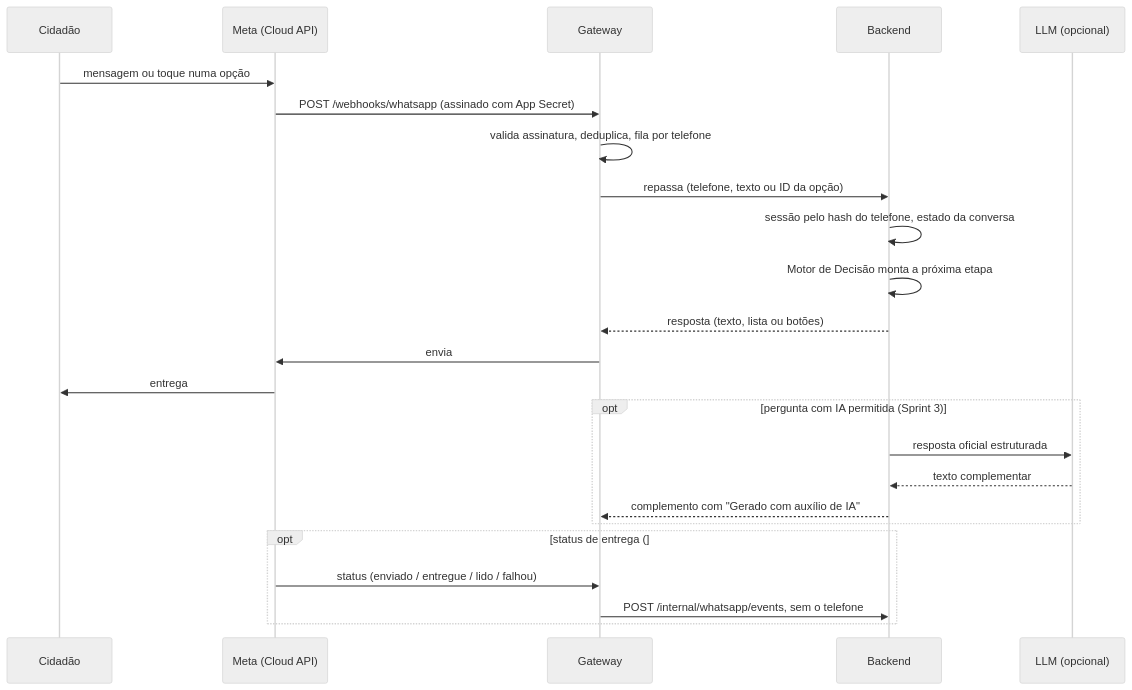
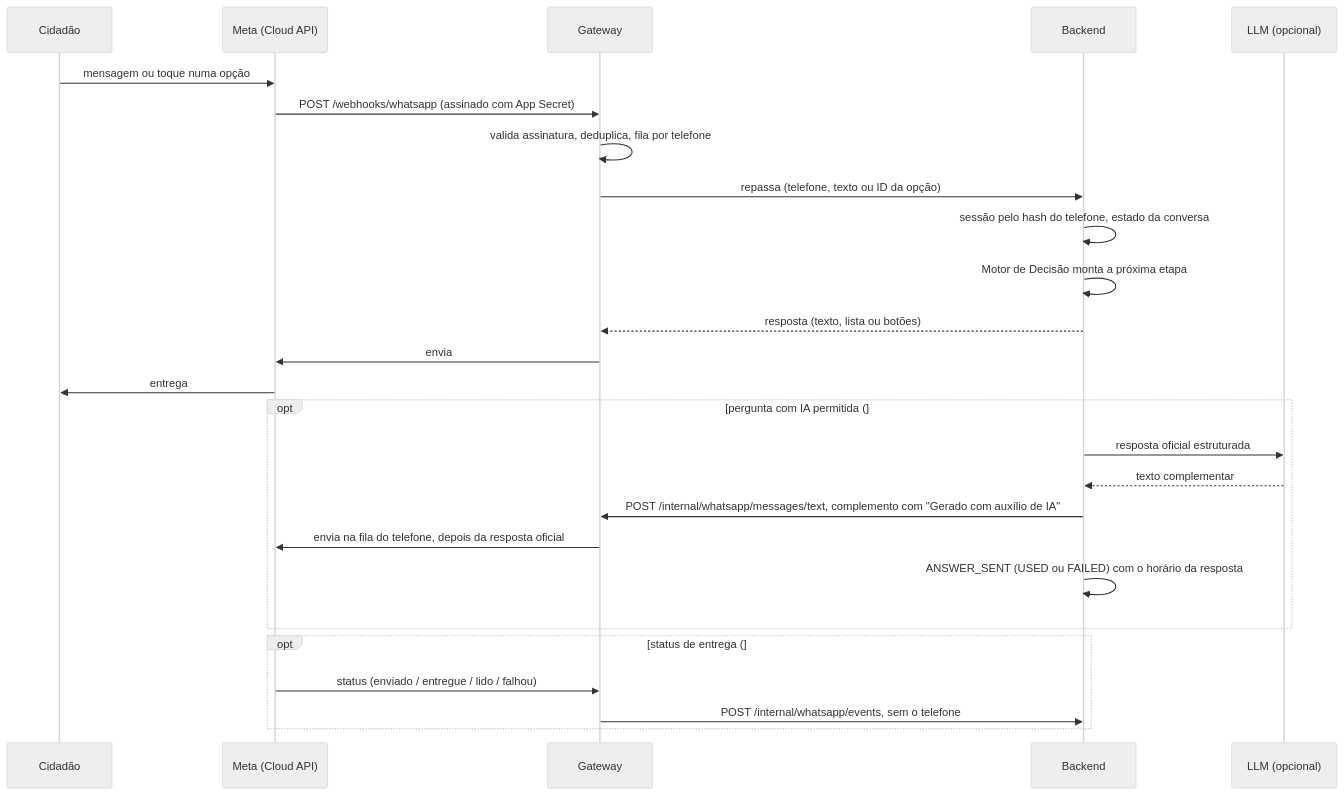
Before and after one commit to Steel-Hard/ProconChat_Jacarei: the second of 2 diagrams in .docs/architecture/architecture.md, drawn with Mermaid (neutral theme). The commit also changed other lines of this file and 5 other files, not shown here.

````diff
--- a/.docs/architecture/architecture.md
+++ b/.docs/architecture/architecture.md
@@ -79,27 +79,29 @@
 ```mermaid
 sequenceDiagram
     participant C as Cidadão
     participant M as Meta (Cloud API)
     participant G as Gateway
     participant B as Backend
     participant L as LLM (opcional)
 
     C->>M: mensagem ou toque numa opção
     M->>G: POST /webhooks/whatsapp (assinado com App Secret)
     G->>G: valida assinatura, deduplica, fila por telefone
     G->>B: repassa (telefone, texto ou ID da opção)
     B->>B: sessão pelo hash do telefone, estado da conversa
     B->>B: Motor de Decisão monta a próxima etapa
     B-->>G: resposta (texto, lista ou botões)
     G->>M: envia
     M->>C: entrega
-    opt pergunta com IA permitida (Sprint 3)
+    opt pergunta com IA permitida (#66), em segundo plano
         B->>L: resposta oficial estruturada
         L-->>B: texto complementar
-        B-->>G: complemento com "Gerado com auxílio de IA"
+        B->>G: POST /internal/whatsapp/messages/text, complemento com "Gerado com auxílio de IA"
+        G->>M: envia na fila do telefone, depois da resposta oficial
+        B->>B: ANSWER_SENT (USED ou FAILED) com o horário da resposta
     end
     opt status de entrega (#88)
         M->>G: status (enviado / entregue / lido / falhou)
         G->>B: POST /internal/whatsapp/events, sem o telefone
     end
 ```
````
